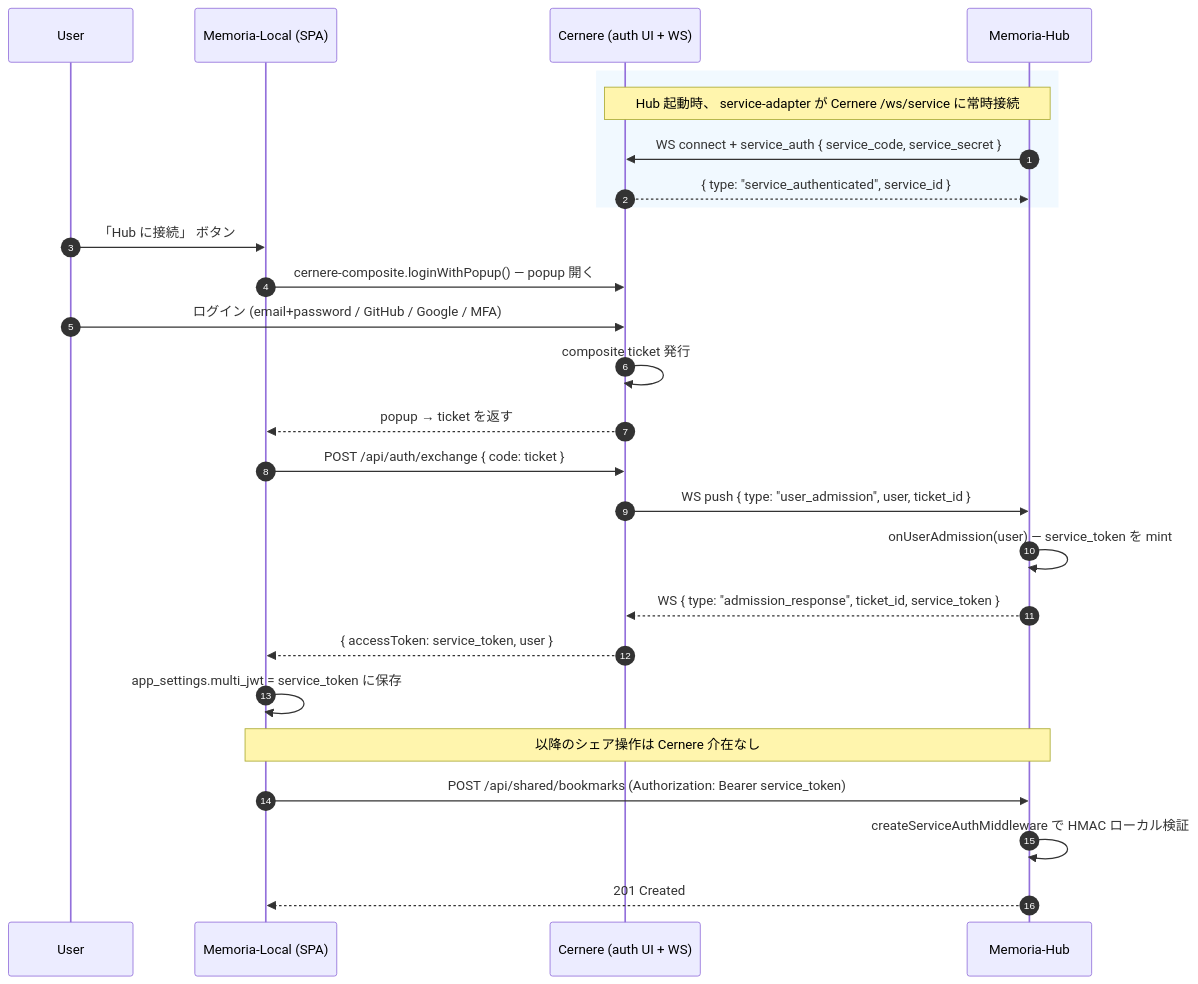
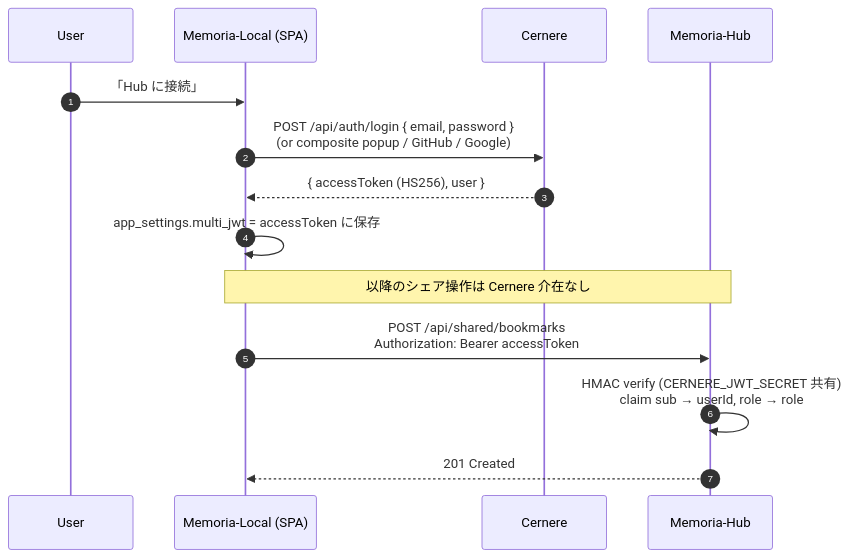
The diagram in server/multi/README.md (LUDIARS/Memoria), drawn with Mermaid before and after one commit. The commit also changed other lines of this file and 4 other files, not shown here.

First line of the commit message:
fix(multi): swap to direct Cernere accessToken HMAC verification

````diff
--- a/server/multi/README.md
+++ b/server/multi/README.md
@@ -90,31 +95,18 @@
 ```mermaid
 sequenceDiagram
   autonumber
   participant U as User
   participant L as Memoria-Local (SPA)
-  participant C as Cernere (auth UI + WS)
+  participant C as Cernere
   participant H as Memoria-Hub
 
-  rect rgba(220,240,255,0.4)
-    Note over H,C: Hub 起動時、 service-adapter が Cernere /ws/service に常時接続
-    H->>C: WS connect + service_auth { service_code, service_secret }
-    C-->>H: { type: "service_authenticated", service_id }
-  end
-
-  U->>L: 「Hub に接続」 ボタン
-  L->>C: cernere-composite.loginWithPopup() — popup 開く
-  U->>C: ログイン (email+password / GitHub / Google / MFA)
-  C->>C: composite ticket 発行
-  C-->>L: popup → ticket を返す
-  L->>C: POST /api/auth/exchange { code: ticket }
-  C->>H: WS push { type: "user_admission", user, ticket_id }
-  H->>H: onUserAdmission(user) — service_token を mint
-  H-->>C: WS { type: "admission_response", ticket_id, service_token }
-  C-->>L: { accessToken: service_token, user }
-  L->>L: app_settings.multi_jwt = service_token に保存
+  U->>L: 「Hub に接続」
+  L->>C: POST /api/auth/login { email, password }<br/>(or composite popup / GitHub / Google)
+  C-->>L: { accessToken (HS256), user }
+  L->>L: app_settings.multi_jwt = accessToken に保存
 
   Note over L,H: 以降のシェア操作は Cernere 介在なし
-  L->>H: POST /api/shared/bookmarks (Authorization: Bearer service_token)
-  H->>H: createServiceAuthMiddleware で HMAC ローカル検証
+  L->>H: POST /api/shared/bookmarks<br/>Authorization: Bearer accessToken
+  H->>H: HMAC verify (CERNERE_JWT_SECRET 共有)<br/>claim sub → userId, role → role
   H-->>L: 201 Created
 ```
````
